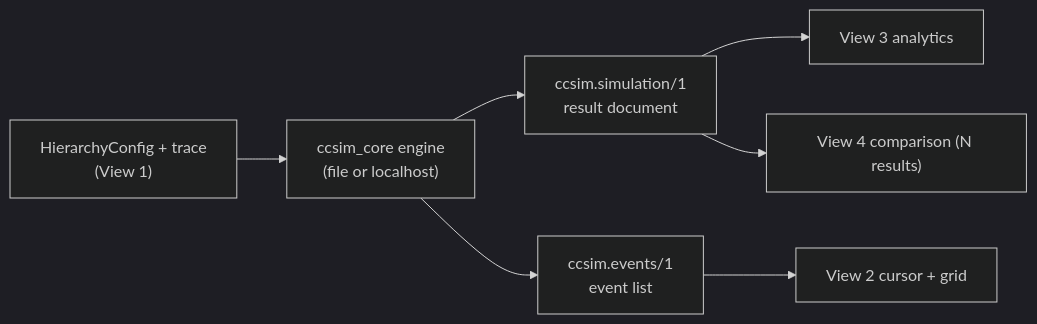
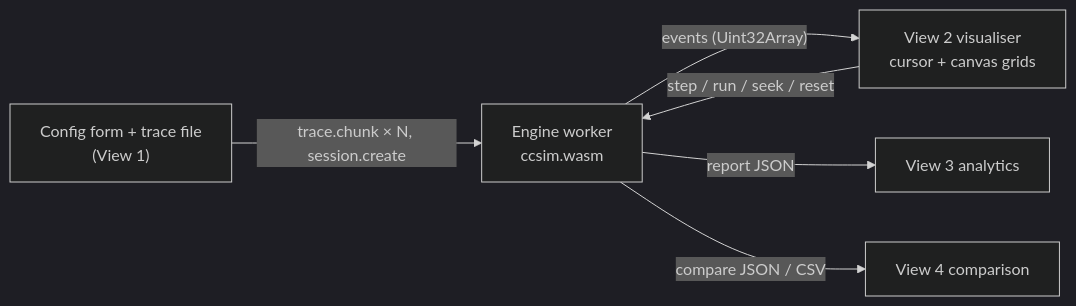
Before and after one commit to Code-r4Life/CacheSim: the second of 2 diagrams in docs/FRONTEND_DESIGN.md, drawn with Mermaid (dark theme). The commit also changed other lines of this file and 9 other files, not shown here.

Commit message:
docs: add ARCHITECTURE, AGENTS, NOTICE, repo structure; align docs with website + WASM

````diff
--- a/docs/FRONTEND_DESIGN.md
+++ b/docs/FRONTEND_DESIGN.md
@@ -172,9 +132,8 @@
 ```mermaid
 flowchart LR
-    CFG["HierarchyConfig + trace<br/>(View 1)"] --> ENG["ccsim_core engine<br/>(file or localhost)"]
-    ENG --> RES["ccsim.simulation/1<br/>result document"]
-    ENG --> EVT["ccsim.events/1<br/>event list"]
-    RES --> AN["View 3 analytics"]
-    RES --> CMP["View 4 comparison (N results)"]
-    EVT --> VIZ["View 2 cursor + grid"]
+    CFG["Config form + trace file<br/>(View 1)"] -->|"trace.chunk × N, session.create"| W["Engine worker<br/>ccsim.wasm"]
+    W -->|"events (Uint32Array)"| VIZ["View 2 visualiser<br/>cursor + canvas grids"]
+    W -->|"report JSON"| AN["View 3 analytics"]
+    W -->|"compare JSON / CSV"| CMP["View 4 comparison"]
+    VIZ -->|"step / run / seek / reset"| W
 ```
````
